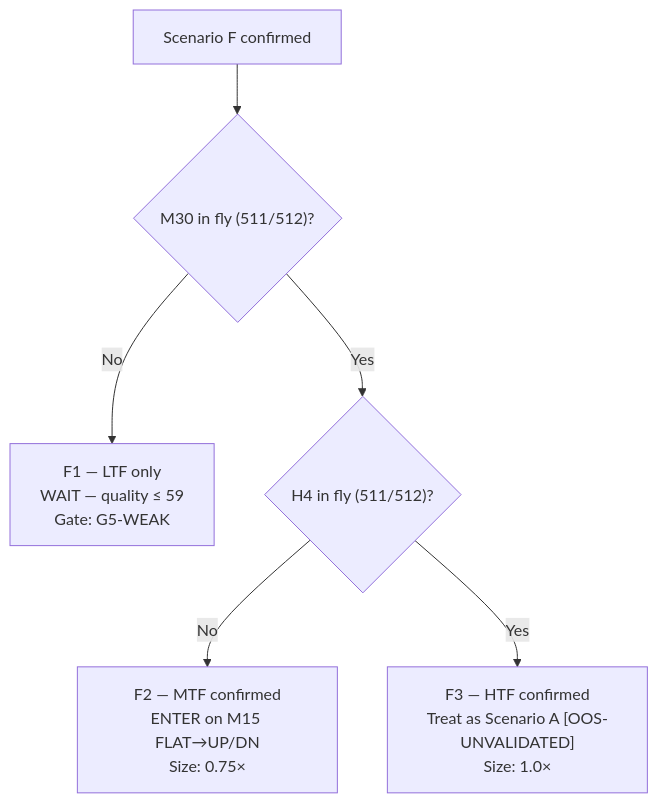
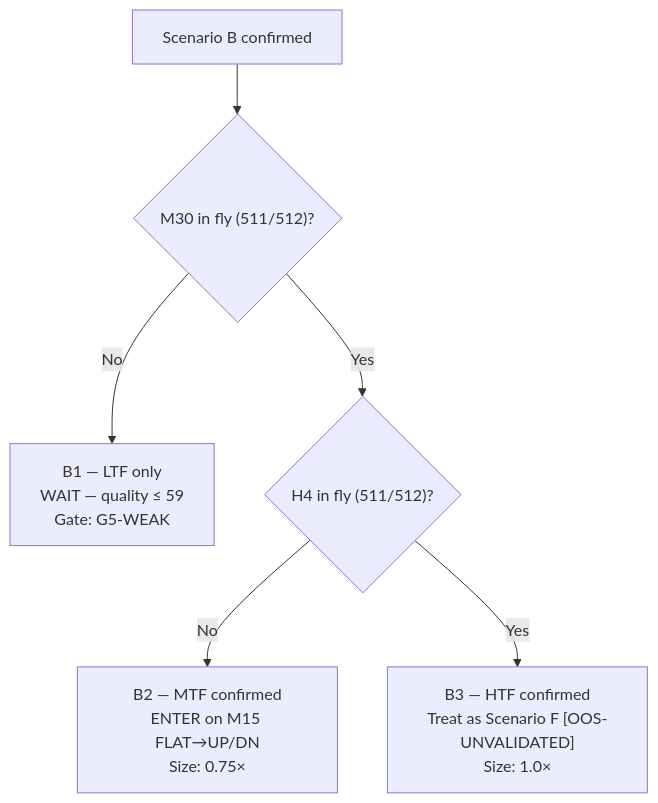
One commit to Terrypang89/BB_MTF_M15_STRATEGY changed diagram 14 of 17 in references/backtest_chart_analysis.md. Above: the diagram before and after it, drawn with Mermaid. The commit also changed other lines of this file and 12 other files, not shown here.

````diff
--- a/references/backtest_chart_analysis.md
+++ b/references/backtest_chart_analysis.md
@@ -2742,8 +2742,8 @@
 ```mermaid
 flowchart TD
-    A["Scenario F confirmed"] --> B{"M30 in fly (511/512)?"}
-    B -->|No| F1s["F1 — LTF only\nWAIT — quality ≤ 59\nGate: G5-WEAK"]
+    A["Scenario B confirmed"] --> B{"M30 in fly (511/512)?"}
+    B -->|No| F1s["B1 — LTF only\nWAIT — quality ≤ 59\nGate: G5-WEAK"]
     B -->|Yes| C{"H4 in fly (511/512)?"}
-    C -->|No| F2s["F2 — MTF confirmed\nENTER on M15 FLAT→UP/DN\nSize: 0.75×"]
-    C -->|Yes| F3s["F3 — HTF confirmed\nTreat as Scenario A [OOS-UNVALIDATED]\nSize: 1.0×"]
+    C -->|No| F2s["B2 — MTF confirmed\nENTER on M15 FLAT→UP/DN\nSize: 0.75×"]
+    C -->|Yes| F3s["B3 — HTF confirmed\nTreat as Scenario F [OOS-UNVALIDATED]\nSize: 1.0×"]
 ```
````
